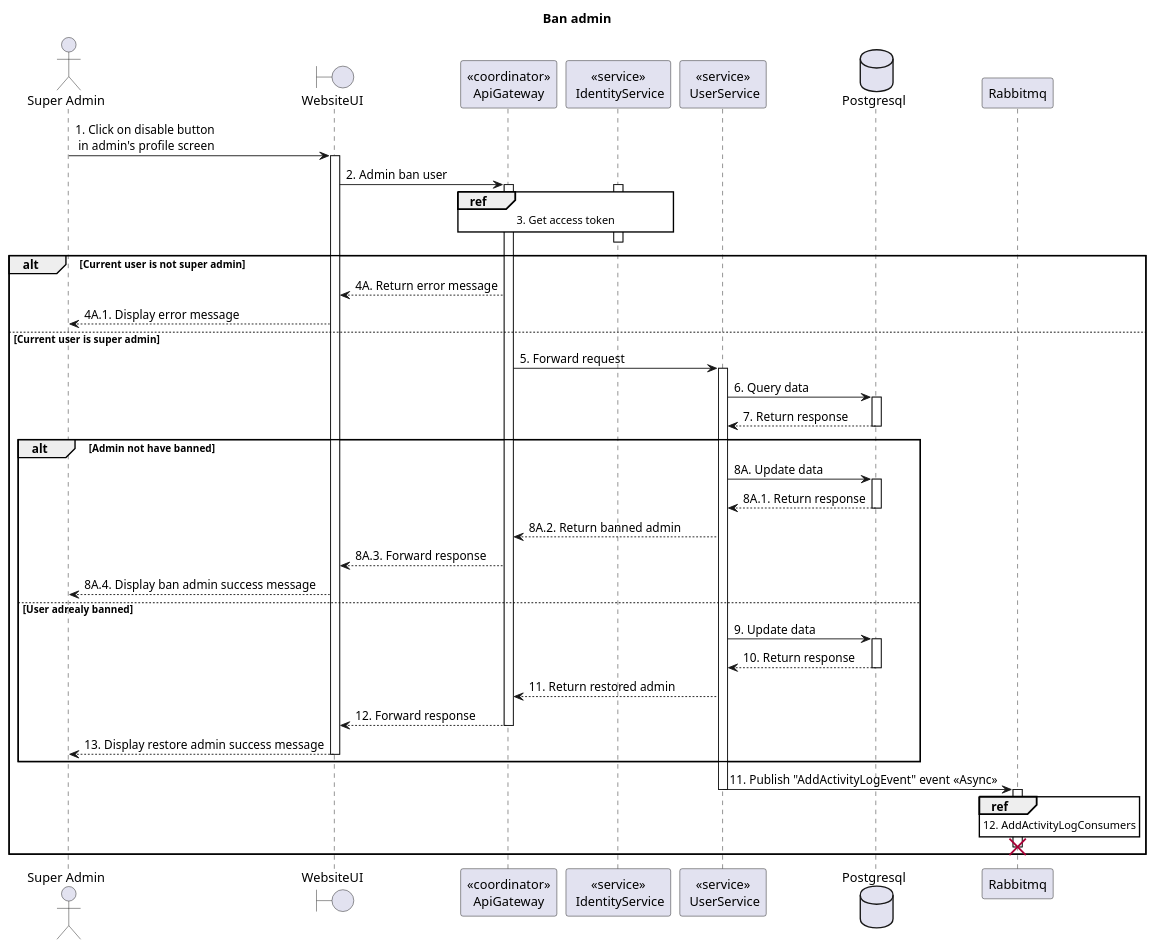
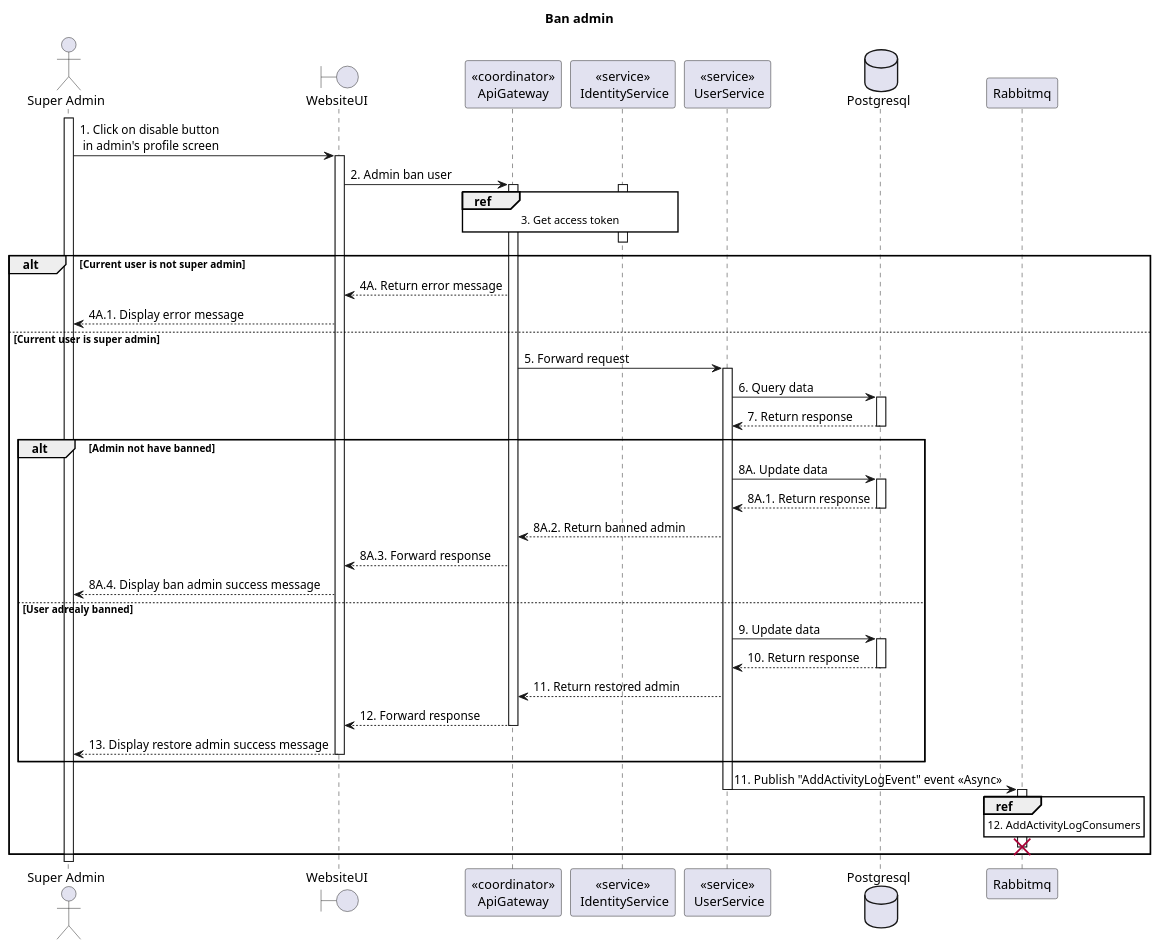
The diagram in doc/SDS/User/Ban admin/Sequence.plantuml (Carl-Johnsons/tastopia), drawn with PlantUML before and after one commit. The commit also changed 50 other files, not shown here.

```diff
--- a/doc/SDS/User/Ban admin/Sequence.plantuml
+++ b/doc/SDS/User/Ban admin/Sequence.plantuml
@@ -1,55 +1,57 @@
 @startuml Sequence
 title "Ban admin"
 
 ' Style section
 <style>
   sequenceDiagram {
     reference {
       BackGroundColor white
     }
 }
 </style>
 
 actor "Super Admin" as SuperAdmin
+activate SuperAdmin
+
 boundary WebsiteUI
 participant "<<coordinator>>\nApiGateway" as ApiGateway
 participant "<<service>>\n IdentityService" as IdentityService
 participant "<<service>>\n UserService" as UserService
 database Postgresql
 
 SuperAdmin -> WebsiteUI ++: 1. Click on disable button \n in admin's profile screen
 WebsiteUI -> ApiGateway ++: 2. Admin ban user
 
 activate IdentityService
 ref over ApiGateway, IdentityService: 3. Get access token
 ApiGateway -[hidden]-> IdentityService
 deactivate IdentityService
 
 alt Current user is not super admin
     WebsiteUI <-- ApiGateway: 4A. Return error message
     SuperAdmin <-- WebsiteUI: 4A.1. Display error message
 else Current user is super admin
     ApiGateway -> UserService ++: 5. Forward request
     UserService -> Postgresql++: 6. Query data
     UserService <-- Postgresql--: 7. Return response
     alt Admin not have banned
       UserService -> Postgresql++: 8A. Update data
       UserService <-- Postgresql--: 8A.1. Return response
       ApiGateway <-- UserService: 8A.2. Return banned admin
       WebsiteUI <-- ApiGateway: 8A.3. Forward response
       SuperAdmin <-- WebsiteUI: 8A.4. Display ban admin success message
     else User adrealy banned
       UserService -> Postgresql++: 9. Update data
       UserService <-- Postgresql--: 10. Return response
       ApiGateway <-- UserService: 11. Return restored admin
       WebsiteUI <-- ApiGateway--: 12. Forward response
       SuperAdmin <-- WebsiteUI--: 13. Display restore admin success message
     end 
     UserService -> Rabbitmq: 11. Publish "AddActivityLogEvent" event <<Async>> 
     deactivate UserService
     activate Rabbitmq
     ref over Rabbitmq: 12. AddActivityLogConsumers
     Rabbitmq -[hidden]> 
     destroy Rabbitmq
 end alt
 @enduml
```
